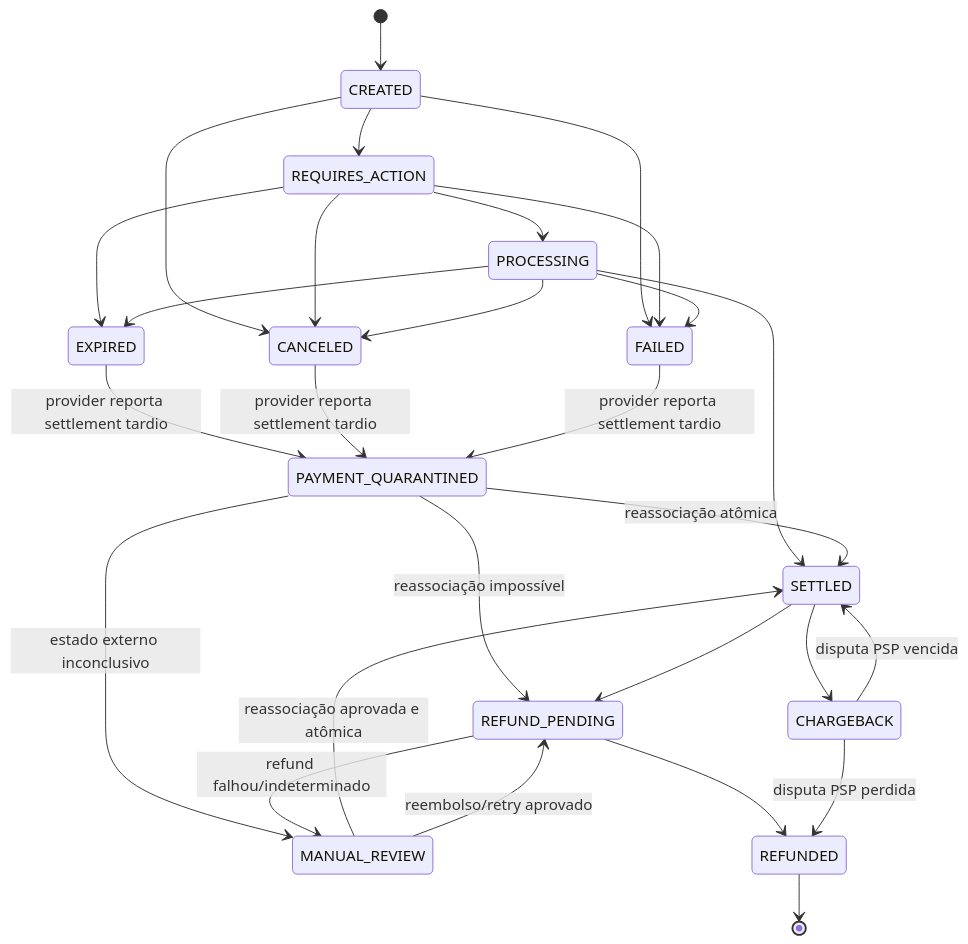
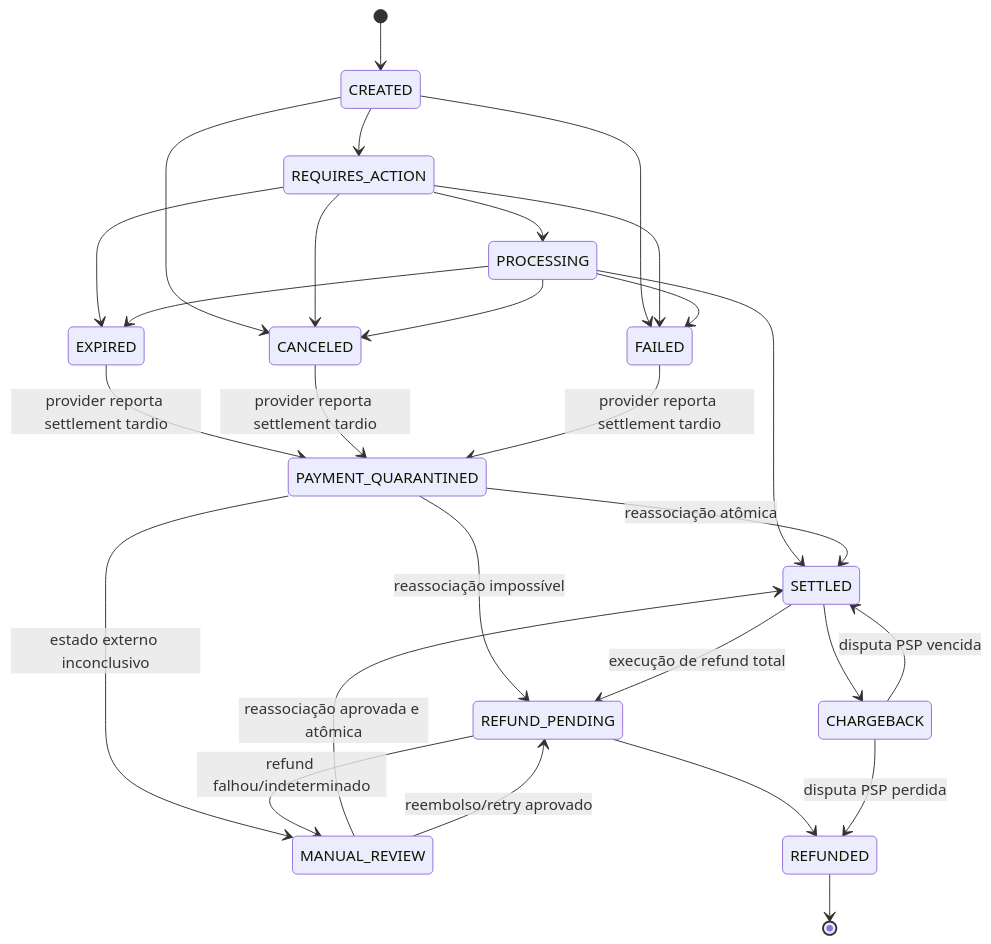
One commit to ehrodan/MARKEPLACE changed diagram 17 of 34 in docs/02-UML-ARQUITETURA.md. Above: the diagram before and after it, drawn with Mermaid. The commit also changed other lines of this file and 852 other files, not shown here.

````diff
--- a/docs/02-UML-ARQUITETURA.md
+++ b/docs/02-UML-ARQUITETURA.md
@@ -704,30 +999,30 @@
 ```mermaid
 stateDiagram-v2
     [*] --> CREATED
     CREATED --> REQUIRES_ACTION
     REQUIRES_ACTION --> PROCESSING
     PROCESSING --> SETTLED
     CREATED --> FAILED
     REQUIRES_ACTION --> FAILED
     PROCESSING --> FAILED
     REQUIRES_ACTION --> EXPIRED
     PROCESSING --> EXPIRED
     CREATED --> CANCELED
     REQUIRES_ACTION --> CANCELED
     PROCESSING --> CANCELED
     EXPIRED --> PAYMENT_QUARANTINED: provider reporta settlement tardio
     CANCELED --> PAYMENT_QUARANTINED: provider reporta settlement tardio
     FAILED --> PAYMENT_QUARANTINED: provider reporta settlement tardio
     PAYMENT_QUARANTINED --> SETTLED: reassociação atômica
     PAYMENT_QUARANTINED --> REFUND_PENDING: reassociação impossível
     PAYMENT_QUARANTINED --> MANUAL_REVIEW: estado externo inconclusivo
-    SETTLED --> REFUND_PENDING
+    SETTLED --> REFUND_PENDING: execução de refund total
     REFUND_PENDING --> REFUNDED
     REFUND_PENDING --> MANUAL_REVIEW: refund falhou/indeterminado
     MANUAL_REVIEW --> SETTLED: reassociação aprovada e atômica
     MANUAL_REVIEW --> REFUND_PENDING: reembolso/retry aprovado
     SETTLED --> CHARGEBACK
     CHARGEBACK --> SETTLED: disputa PSP vencida
     CHARGEBACK --> REFUNDED: disputa PSP perdida
     REFUNDED --> [*]
 ```
````
